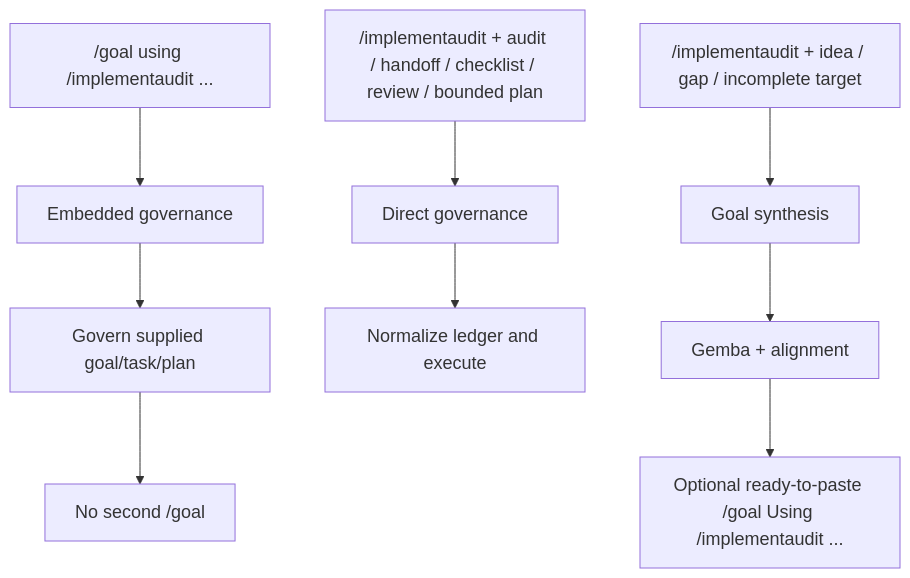
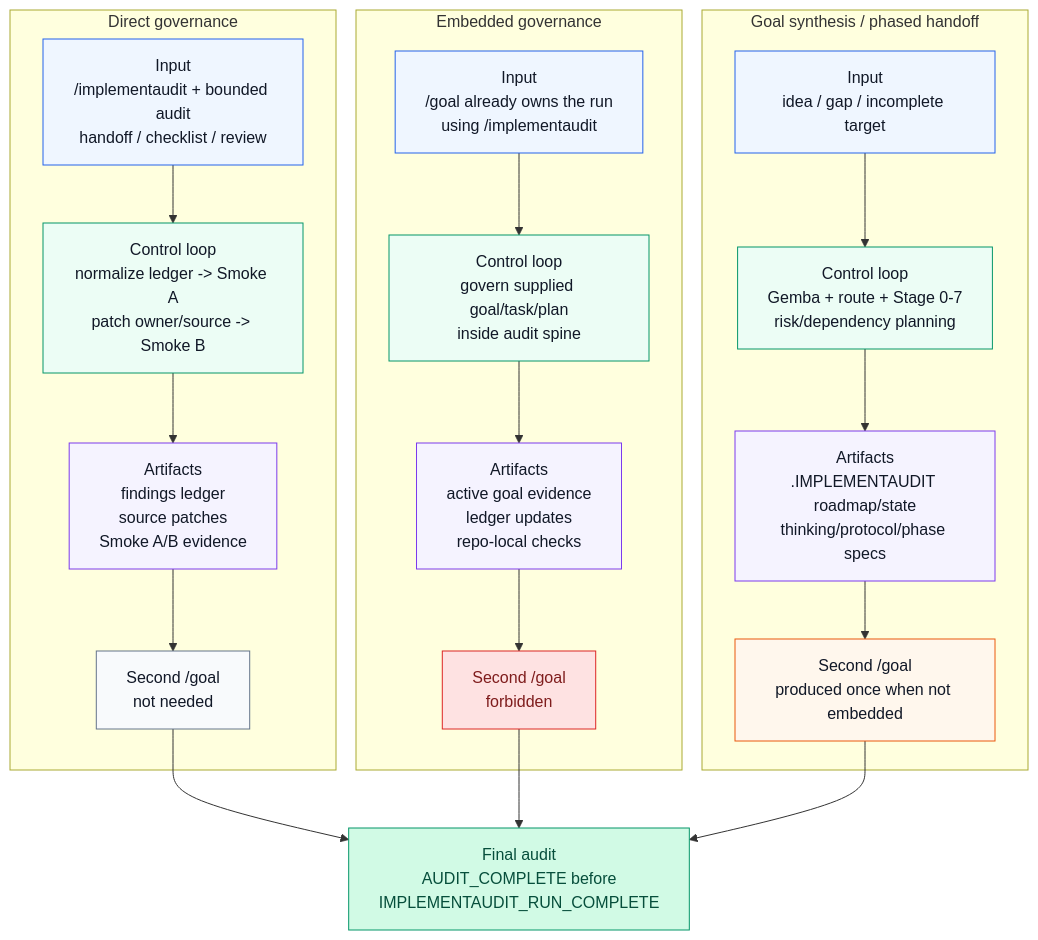
Before and after one commit to theislampill/IMPLEMENTAUDIT.md: the second of 3 diagrams in README.md, drawn with Mermaid. The commit also changed other lines of this file and 26 other files, not shown here.

````diff
--- a/README.md
+++ b/README.md
@@ -146,14 +147,41 @@
 ```mermaid
-%%{init: {"flowchart": {"htmlLabels": true, "nodeSpacing": 55, "rankSpacing": 65}, "themeVariables": {"fontSize": "18px", "fontFamily": "Arial"}, "themeCSS": ".nodeLabel, .edgeLabel, .label { font-size: 18px !important; }"}}%%
-flowchart TD
-  A["/goal using /implementaudit ..."] --> B["Embedded governance"]
-  B --> C["Govern supplied goal/task/plan"]
-  C --> D["No second /goal"]
+%%{init: {"flowchart": {"htmlLabels": true, "nodeSpacing": 46, "rankSpacing": 58}, "themeVariables": {"fontSize": "16px", "fontFamily": "Arial"}, "themeCSS": ".nodeLabel, .edgeLabel, .label { font-size: 16px !important; }"}}%%
+flowchart TB
+  Final["Final audit<br/>AUDIT_COMPLETE before<br/>IMPLEMENTAUDIT_RUN_COMPLETE"]:::success
 
-  E["/implementaudit + audit / handoff / checklist / review / bounded plan"] --> F["Direct governance"]
-  F --> G["Normalize ledger and execute"]
+  subgraph Direct["Direct governance"]
+    DIn["Input<br/>/implementaudit + bounded audit<br/>handoff / checklist / review"]:::input
+    DLoop["Control loop<br/>normalize ledger -> Smoke A<br/>patch owner/source -> Smoke B"]:::loop
+    DArt["Artifacts<br/>findings ledger<br/>source patches<br/>Smoke A/B evidence"]:::artifact
+    DGoal["Second /goal<br/>not needed"]:::boundary
+    DIn --> DLoop --> DArt --> DGoal
+  end
 
-  H["/implementaudit + idea / gap / incomplete target"] --> I["Goal synthesis"]
-  I --> J["Gemba + alignment"]
-  J --> K["Optional ready-to-paste /goal Using /implementaudit ..."]
+  subgraph Embedded["Embedded governance"]
+    EIn["Input<br/>/goal already owns the run<br/>using /implementaudit"]:::input
+    ELoop["Control loop<br/>govern supplied goal/task/plan<br/>inside audit spine"]:::loop
+    EArt["Artifacts<br/>active goal evidence<br/>ledger updates<br/>repo-local checks"]:::artifact
+    EGoal["Second /goal<br/>forbidden"]:::blocker
+    EIn --> ELoop --> EArt --> EGoal
+  end
+
+  subgraph Synthesis["Goal synthesis / phased handoff"]
+    SIn["Input<br/>idea / gap / incomplete target"]:::input
+    SLoop["Control loop<br/>Gemba + route + Stage 0-7<br/>risk/dependency planning"]:::loop
+    SArt["Artifacts<br/>.IMPLEMENTAUDIT roadmap/state<br/>thinking/protocol/phase specs"]:::artifact
+    SGoal["Second /goal<br/>produced once when not embedded"]:::handoff
+    SIn --> SLoop --> SArt --> SGoal
+  end
+
+  DGoal --> Final
+  EGoal --> Final
+  SGoal --> Final
+
+  classDef input fill:#eff6ff,stroke:#2563eb,color:#111827
+  classDef loop fill:#ecfdf5,stroke:#059669,color:#111827
+  classDef artifact fill:#f5f3ff,stroke:#7c3aed,color:#111827
+  classDef boundary fill:#f8fafc,stroke:#64748b,color:#111827
+  classDef handoff fill:#fff7ed,stroke:#ea580c,color:#111827
+  classDef blocker fill:#fee2e2,stroke:#dc2626,color:#7f1d1d
+  classDef success fill:#d1fae5,stroke:#059669,color:#064e3b
 ```
````
